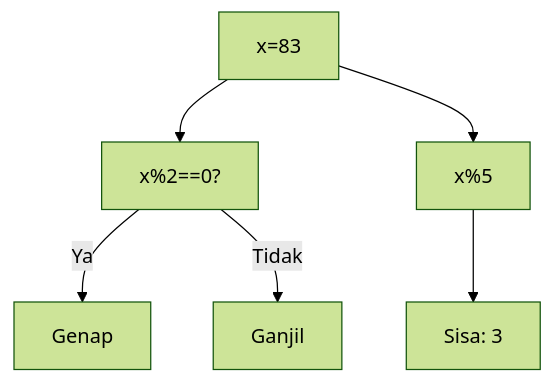
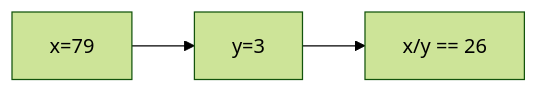
The first of 25 diagrams in part-c-pemahaman-cpp/01-tipe-data/latihan/set-10.md (amnahwaida/OSNK_INF_PREP), drawn with Mermaid (forest theme) before and after one commit. The commit also changed other lines of this file and 71 other files, not shown here.

````diff
--- a/part-c-pemahaman-cpp/01-tipe-data/latihan/set-10.md
+++ b/part-c-pemahaman-cpp/01-tipe-data/latihan/set-10.md
@@ -23,8 +21,5 @@
 ```mermaid
-graph TD
-A["x=83"] --> B["x%2==0?"]
-B -- Ya --> C["Genap"]
-B -- Tidak --> D["Ganjil"]
-A --> E["x%5"]
-E --> F["Sisa: 3"]
+graph LR
+A["x=79"] --> B["y=3"]
+B --> C["x/y == 26"]
 ```
````
